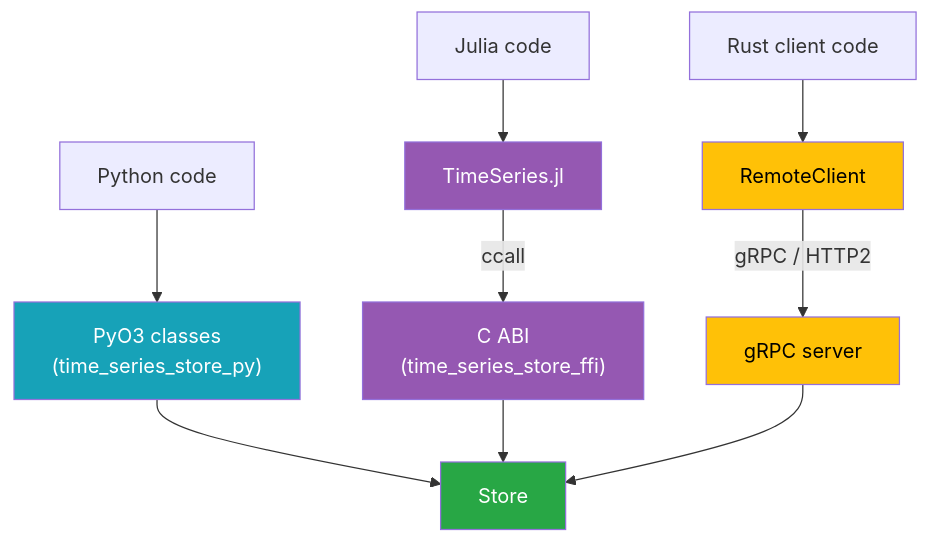
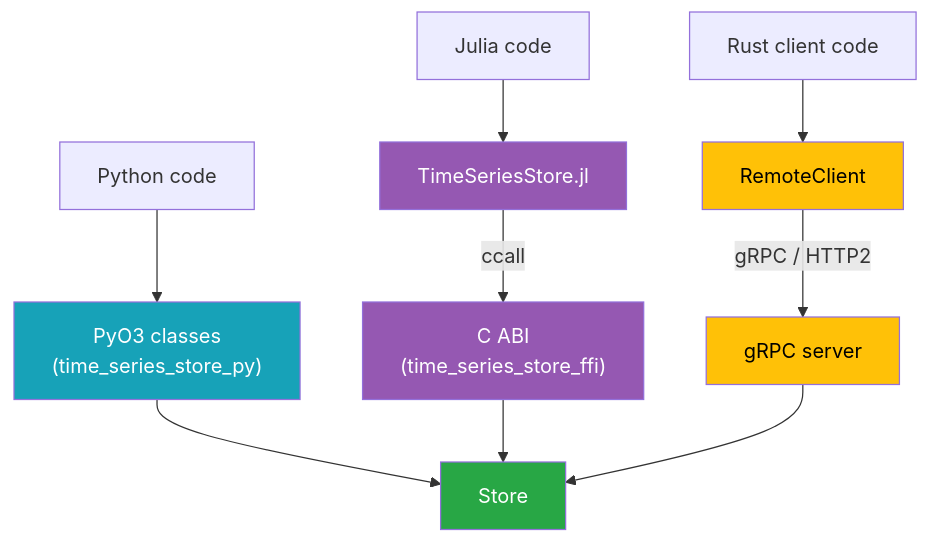
One commit to NatLabRockies/infrastore changed the first of 2 diagrams in docs/src/explanation/bindings.md. Above: the diagram before and after it, drawn with Mermaid. The commit also changed other lines of this file and 21 other files, not shown here.

````diff
--- a/docs/src/explanation/bindings.md
+++ b/docs/src/explanation/bindings.md
@@ -6,19 +6,19 @@
 ```mermaid
 flowchart TB
     PYAPP["Python code"] --> PYO3["PyO3 classes<br/>(time_series_store_py)"]
-    JLAPP["Julia code"] --> JLPKG["TimeSeries.jl"]
+    JLAPP["Julia code"] --> JLPKG["TimeSeriesStore.jl"]
     JLPKG -->|"ccall"| CABI["C ABI<br/>(time_series_store_ffi)"]
     RUSTAPP["Rust client code"] --> RC["RemoteClient"]
     RC -->|"gRPC / HTTP2"| GS["gRPC server"]
 
     PYO3 --> STORE["Store"]
     CABI --> STORE
     GS --> STORE
 
     style STORE fill:#28a745,color:#fff
     style PYO3 fill:#17a2b8,color:#fff
     style CABI fill:#9558b2,color:#fff
     style JLPKG fill:#9558b2,color:#fff
     style GS fill:#ffc107,color:#000
     style RC fill:#ffc107,color:#000
 ```
````
